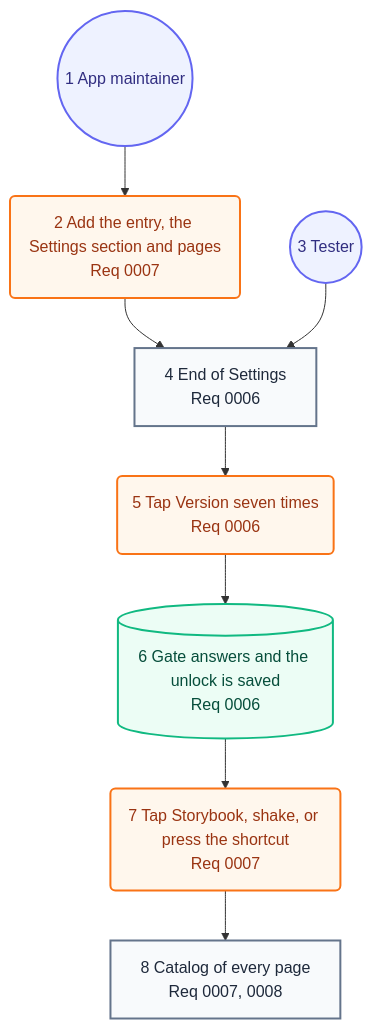
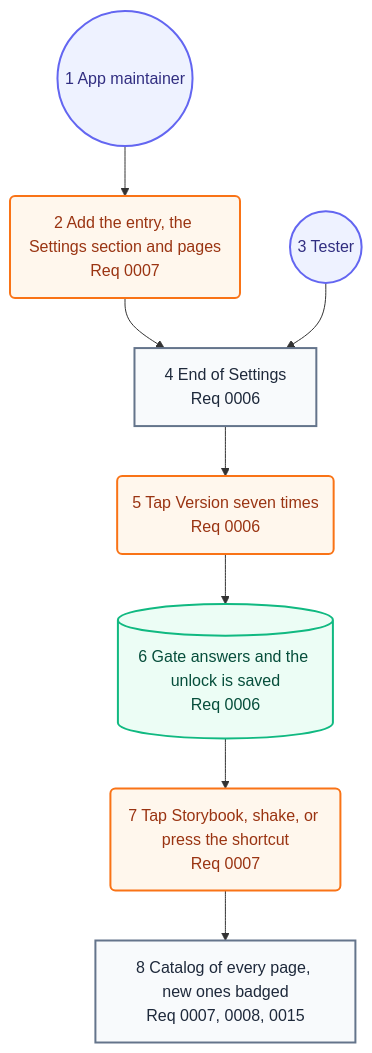
One commit to may-journal/common-swift changed the second of 2 diagrams in Packages/Storybook/docs/architecture/05-user-journey.md. Above: the diagram before and after it, drawn with Mermaid. The commit also changed 67 other files, not shown here.

````diff
--- a/Packages/Storybook/docs/architecture/05-user-journey.md
+++ b/Packages/Storybook/docs/architecture/05-user-journey.md
@@ -31,24 +31,24 @@
 ```mermaid
 flowchart TB
     maintainer((1 App maintainer)):::persona
     adopt(2 Add the entry, the Settings section and pages<br/>Req 0007):::action
     tester((3 Tester)):::persona
     settings[4 End of Settings<br/>Req 0006]:::screen
     taps(5 Tap Version seven times<br/>Req 0006):::action
     gate[(6 Gate answers and the unlock is saved<br/>Req 0006)]:::system
     open(7 Tap Storybook, shake, or press the shortcut<br/>Req 0007):::action
-    catalog[8 Catalog of every page<br/>Req 0007, 0008]:::screen
+    catalog[8 Catalog of every page, new ones badged<br/>Req 0007, 0008, 0015]:::screen
 
     maintainer --> adopt
     adopt --> settings
     tester --> settings
     settings --> taps
     taps --> gate
     gate --> open
     open --> catalog
 
     classDef persona fill:#eef2ff,stroke:#6366f1,color:#312e81,stroke-width:2px
     classDef screen fill:#f8fafc,stroke:#64748b,color:#1e293b,stroke-width:2px
     classDef action fill:#fff7ed,stroke:#f97316,color:#9a3412,stroke-width:2px
     classDef system fill:#ecfdf5,stroke:#10b981,color:#064e3b,stroke-width:2px
 ```
````
